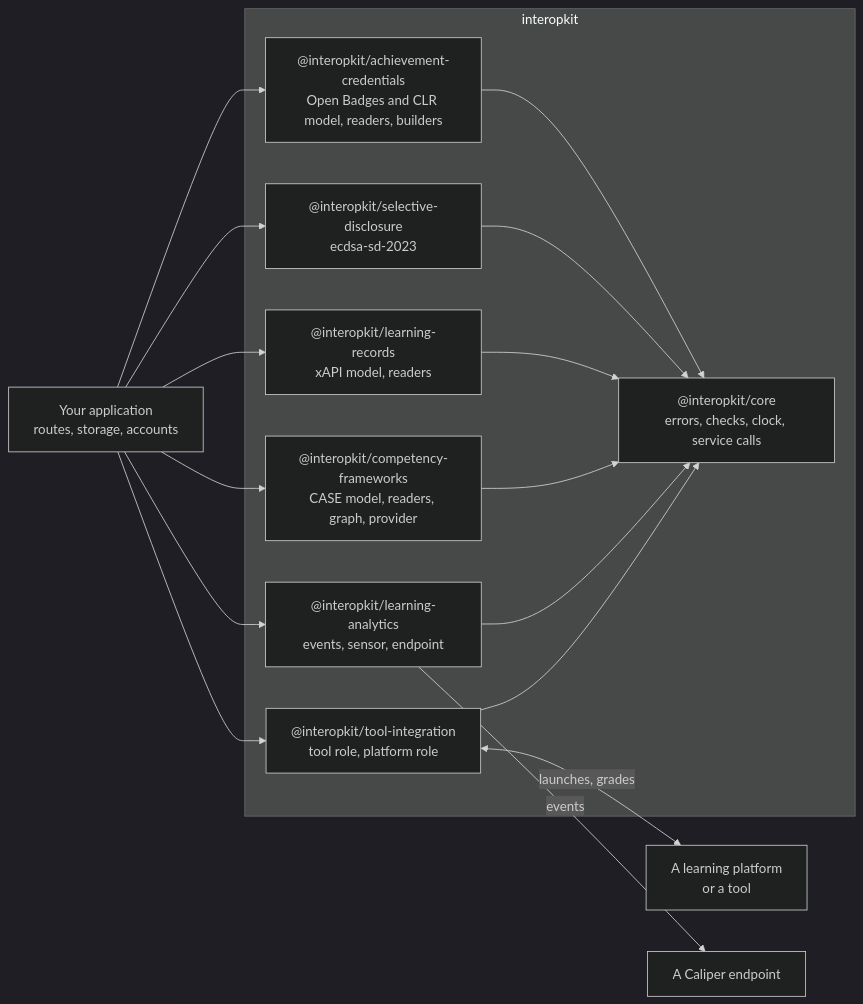
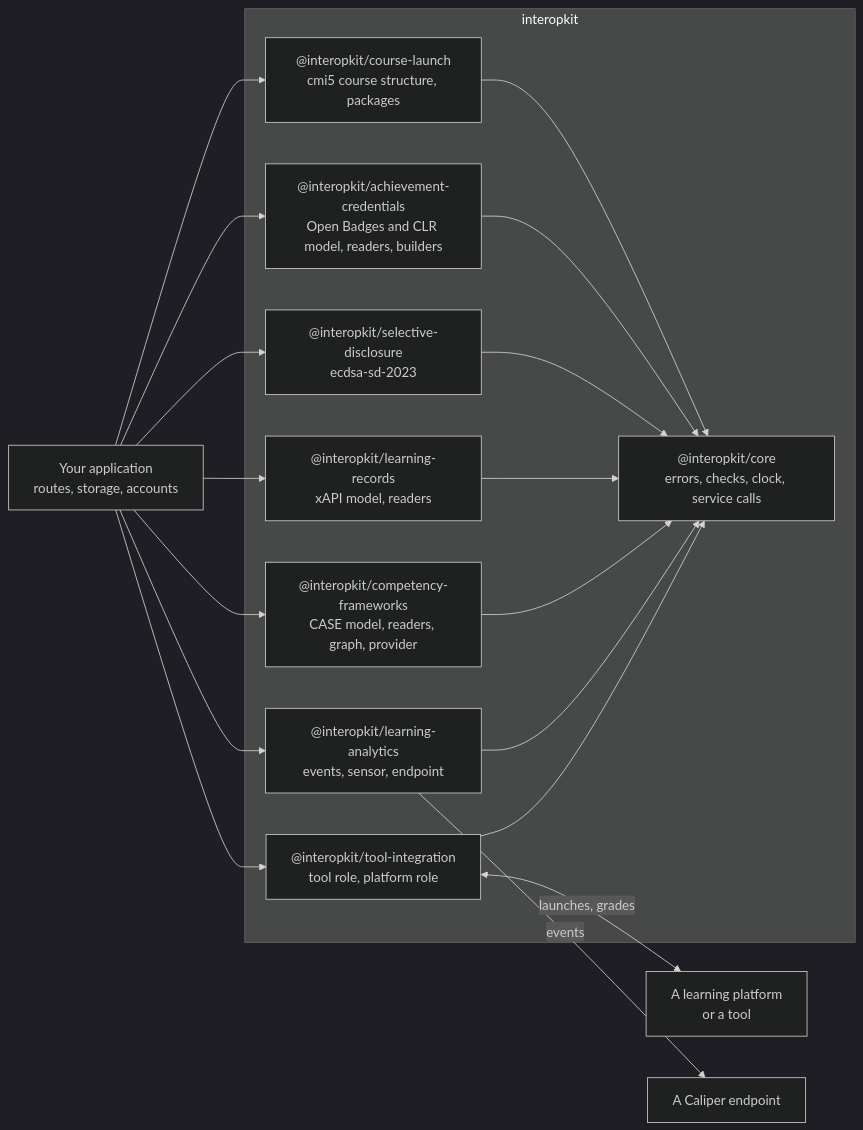
One commit to interopkit/interopkit changed the diagram in README.md. Above: the diagram before and after it, drawn with Mermaid (dark theme). The commit also changed other lines of this file and 100 other files, not shown here.

````diff
--- a/README.md
+++ b/README.md
@@ -12,29 +13,32 @@
 ```mermaid
 flowchart LR
   host["Your application<br/>routes, storage, accounts"]
   subgraph interopkit["interopkit"]
     core["@interopkit/core<br/>errors, checks, clock, service calls"]
     tool["@interopkit/tool-integration<br/>tool role, platform role"]
     analytics["@interopkit/learning-analytics<br/>events, sensor, endpoint"]
     frameworks["@interopkit/competency-frameworks<br/>CASE model, readers, graph, provider"]
     records["@interopkit/learning-records<br/>xAPI model, readers"]
     disclosure["@interopkit/selective-disclosure<br/>ecdsa-sd-2023"]
     credentials["@interopkit/achievement-credentials<br/>Open Badges and CLR model, readers, builders"]
+    courses["@interopkit/course-launch<br/>cmi5 course structure, packages"]
     tool --> core
     analytics --> core
     frameworks --> core
     records --> core
     disclosure --> core
     credentials --> core
+    courses --> core
   end
   platform["A learning platform<br/>or a tool"]
   endpoint["A Caliper endpoint"]
   host --> tool
   host --> analytics
   host --> frameworks
   host --> records
   host --> disclosure
   host --> credentials
+  host --> courses
   tool <-->|"launches, grades"| platform
   analytics -->|"events"| endpoint
 ```
````
